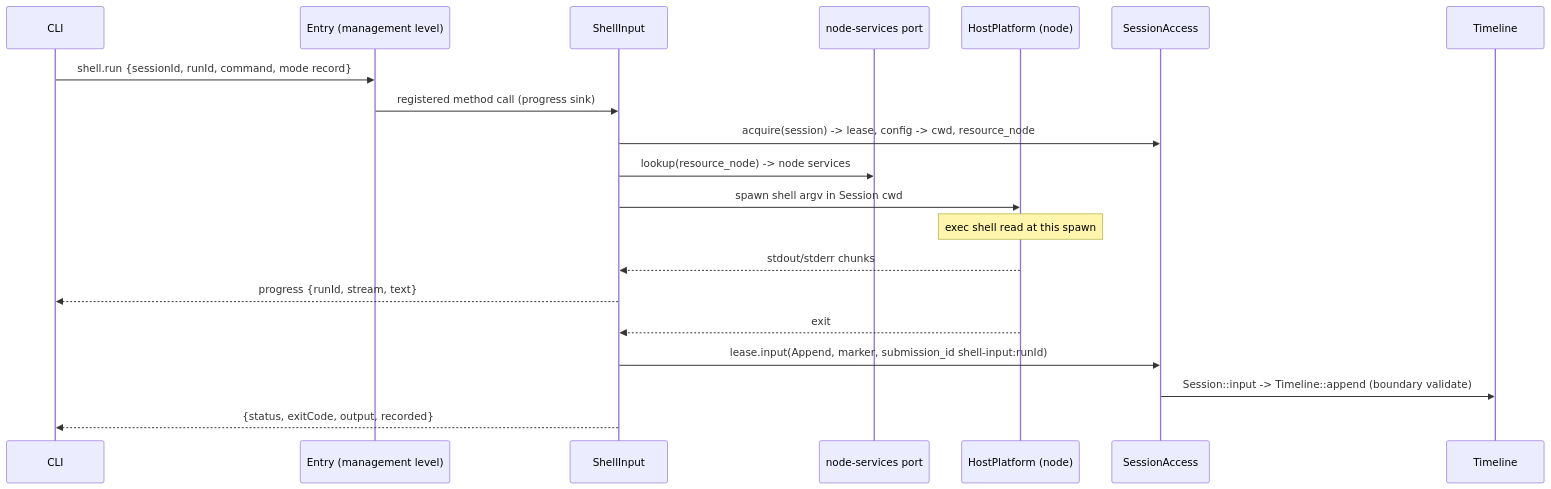
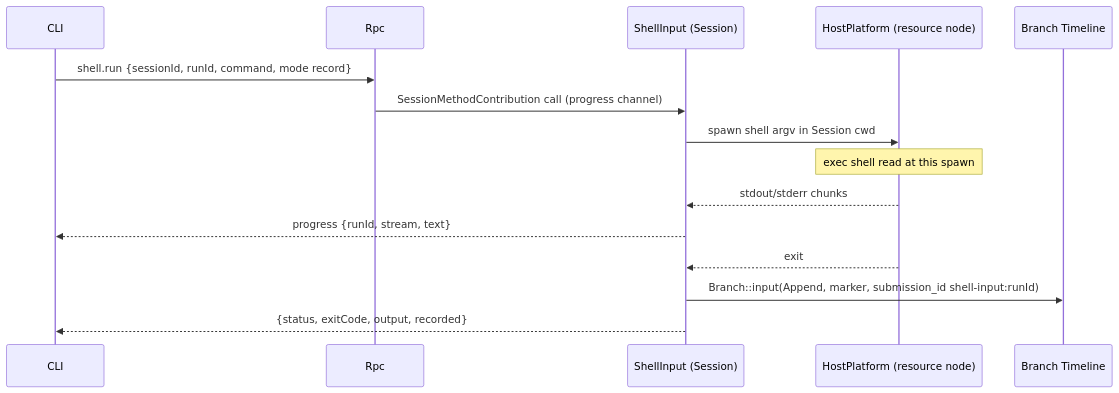
One commit to CoutinhoTTS/dim-agent changed the third of 5 diagrams in docs/design/plugins/ShellInput.md. Above: the diagram before and after it, drawn with Mermaid. The commit also changed other lines of this file and 3 other files, not shown here.

Commit message:
docs(design): rescope Questions, Goal, ShellInput and Attachments per ADR 002

````diff
--- a/docs/design/plugins/ShellInput.md
+++ b/docs/design/plugins/ShellInput.md
@@ -78,22 +67,17 @@
 ```mermaid
 sequenceDiagram
   participant C as CLI
-  participant M as Entry (management level)
-  participant SI as ShellInput
-  participant NS as node-services port
-  participant HP as HostPlatform (node)
-  participant SA as SessionAccess
-  participant TL as Timeline
-  C->>M: shell.run {sessionId, runId, command, mode record}
-  M->>SI: registered method call (progress sink)
-  SI->>SA: acquire(session) -> lease, config -> cwd, resource_node
-  SI->>NS: lookup(resource_node) -> node services
+  participant R as Rpc
+  participant SI as ShellInput (Session)
+  participant HP as HostPlatform (resource node)
+  participant TL as Branch Timeline
+  C->>R: shell.run {sessionId, runId, command, mode record}
+  R->>SI: SessionMethodContribution call (progress channel)
   SI->>HP: spawn shell argv in Session cwd
   Note over HP: exec shell read at this spawn
   HP-->>SI: stdout/stderr chunks
   SI-->>C: progress {runId, stream, text}
   HP-->>SI: exit
-  SI->>SA: lease.input(Append, marker, submission_id shell-input:runId)
-  SA->>TL: Session::input -> Timeline::append (boundary validate)
+  SI->>TL: Branch::input(Append, marker, submission_id shell-input:runId)
   SI-->>C: {status, exitCode, output, recorded}
 ```
````
